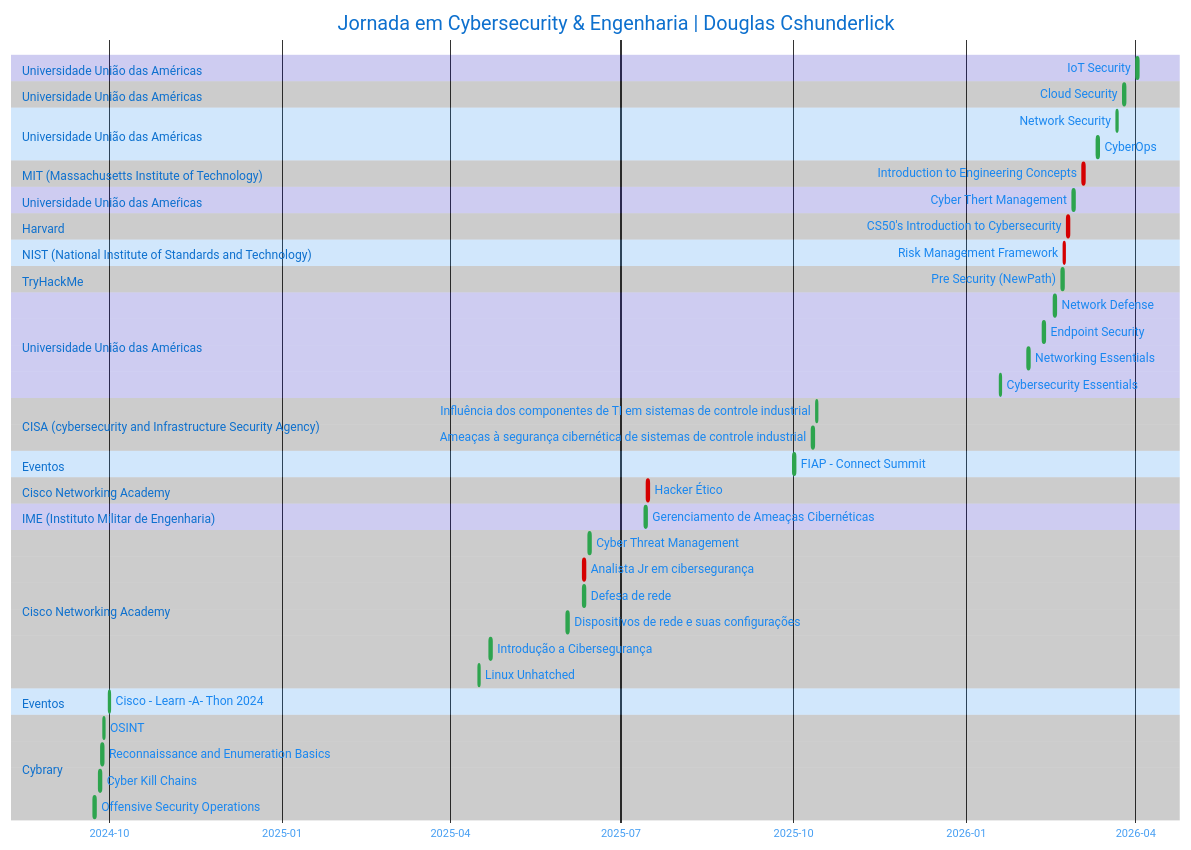
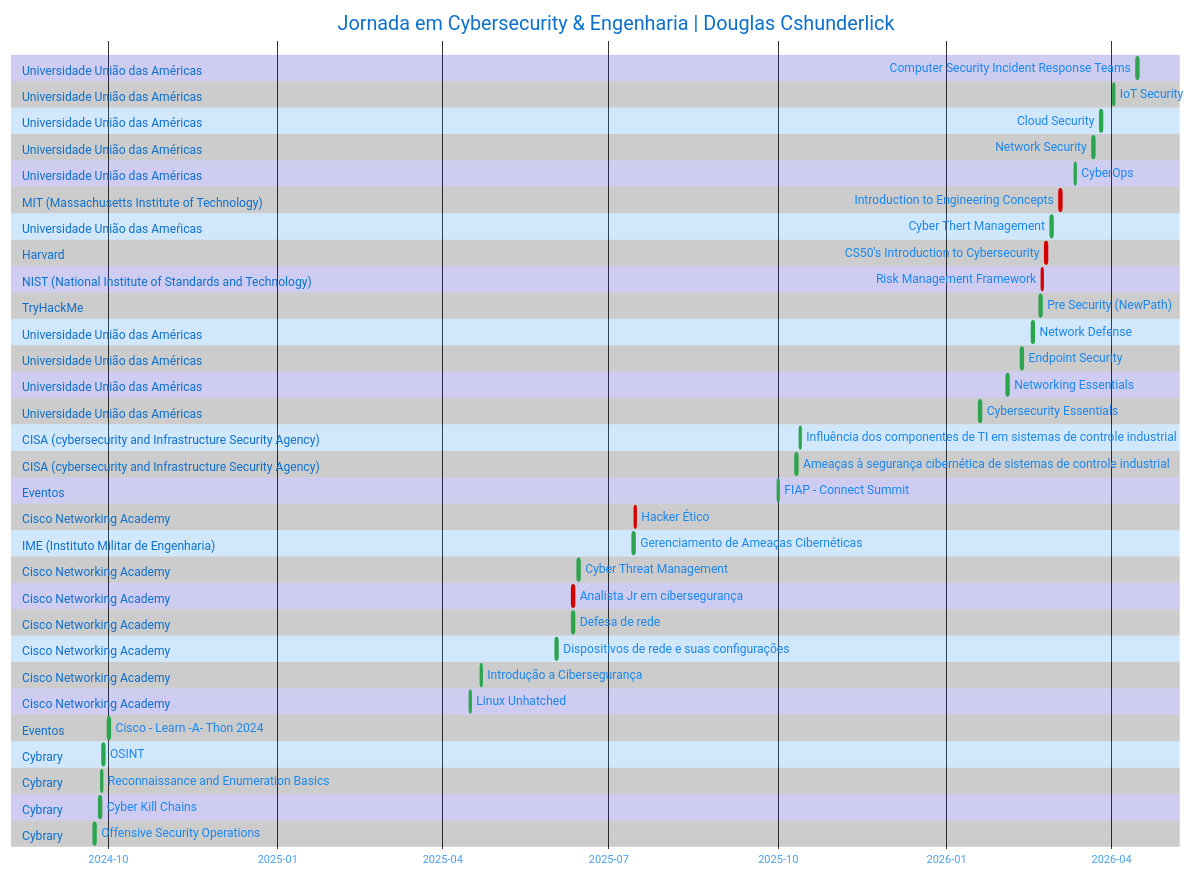
Before and after one commit to douglascshun/douglascshun: the diagram in README.md, drawn with Mermaid.

Commit message:
Fix section formatting in README.md

````diff
--- a/README.md
+++ b/README.md
@@ -658,22 +658,26 @@
     dateFormat  YYYY-MM-DD
     axisFormat %Y-%m
 
-    section Universidade União das Américas       
+    section Universidade União das Américas           
+    Computer Security Incident Response Teams                            :done, 2026-04-15, 1d
+
+
+    section Universidade União das Américas          
     IoT Security                                                         :done, 2026-04-02, 1d
 
-    section Universidade União das Américas   
+    section Universidade União das Américas         
     Cloud Security                                                       :done, 2026-03-26, 1d
 
-    section Universidade União das Américas  
+    section Universidade União das Américas        
     Network Security                                                     :done, 2026-03-22, 1d
     
-    section Universidade União das Américas  
+    section Universidade União das Américas       
     CyberOps                                                             :done, 2026-03-12, 1d
 
     section MIT (Massachusetts Institute of Technology)
     Introduction to Engineering Concepts                                 :crit, 2026-03-04, 1d
 
-    section Universidade União das Ameŕicas 
+    section Universidade União das Ameŕicas       
     Cyber Thert Management                                               :done, 2026-02-27, 1d
 
     section Harvard
@@ -685,17 +689,26 @@
     section TryHackMe
     Pre Security (NewPath)                                               :done, 2026-02-21, 1d 
     
-    section Universidade União das Américas
+    section Universidade União das Américas      
     Network Defense                                                      :done, 2026-02-17, 1d
+    
+    section Universidade União das Américas     
     Endpoint Security                                                    :done, 2026-02-11, 1d
+    
+    section Universidade União das Américas    
     Networking Essentials                                                :done, 2026-02-03, 1d
+
+    section Universidade União das Américas   
     Cybersecurity Essentials                                             :done, 2026-01-19, 1d
 
+    section CISA (cybersecurity and Infrastructure Security Agency)  
+    Influência dos componentes de TI em sistemas de controle industrial  :done, 2025-10-13, 1d
+
+
     section CISA (cybersecurity and Infrastructure Security Agency)
-    Influência dos componentes de TI em sistemas de controle industrial  :done, 2025-10-13, 1d
     Ameaças à segurança cibernética de sistemas de controle industrial   :done, 2025-10-11, 1d  
 
-    section Eventos
+    section Eventos 
     FIAP - Connect Summit                                                :done, 2025-10, 1d
 
     section Cisco Networking Academy  
@@ -704,21 +717,37 @@
     section IME (Instituto Militar de Engenharia)
     Gerenciamento de Ameaças Cibernéticas                                :done, 2025-07-14, 1d
 
+    section Cisco Networking Academy              
+    Cyber Threat Management                                              :done, 2025-06-14, 1d
+
+    section Cisco Networking Academy          
+    Analista Jr em cibersegurança                                        :crit, 2025-06-11, 1d
+
+    section Cisco Networking Academy        
+    Defesa de rede                                                       :done, 2025-06-11, 1d
+
+    section Cisco Networking Academy    
+    Dispositivos de rede e suas configurações                            :done, 2025-06-02, 1d
+
+    section Cisco Networking Academy 
+    Introdução a Cibersegurança                                          :done, 2025-04-22, 1d
+
     section Cisco Networking Academy
-    Cyber Threat Management                                              :done, 2025-06-14, 1d
-    Analista Jr em cibersegurança                                        :crit, 2025-06-11, 1d
-    Defesa de rede                                                       :done, 2025-06-11, 1d
-    Dispositivos de rede e suas configurações                            :done, 2025-06-02, 1d
-    Introdução a Cibersegurança                                          :done, 2025-04-22, 1d
     Linux Unhatched                                                      :done, 2025-04-16, 1d
 
-    section Eventos 
+    section Eventos  
     Cisco - Learn -A- Thon 2024                                          :done, 2024-10, 1d
 
 
+    section Cybrary   
+    OSINT                                                                :done, 2024-09-28, 1d
+
+    section Cybrary  
+    Reconnaissance and Enumeration Basics                                :done, 2024-09-27, 1d
+
+    section Cybrary 
+    Cyber Kill Chains                                                    :done, 2024-09-26, 1d
+
     section Cybrary
-    OSINT                                                                :done, 2024-09-28, 1d
-    Reconnaissance and Enumeration Basics                                :done, 2024-09-27, 1d
-    Cyber Kill Chains                                                    :done, 2024-09-26, 1d
     Offensive Security Operations                                        :done, 2024-09-23, 1d
 ```
````
